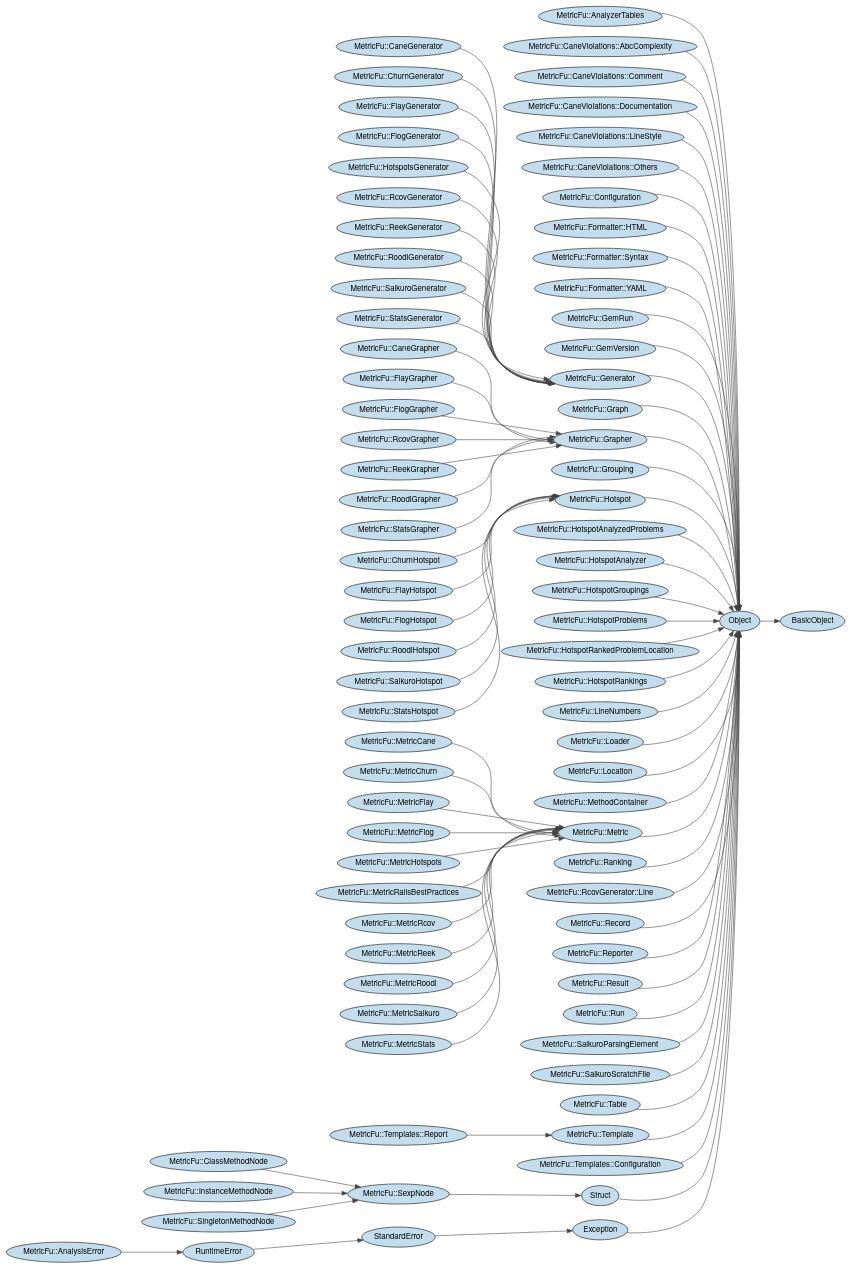
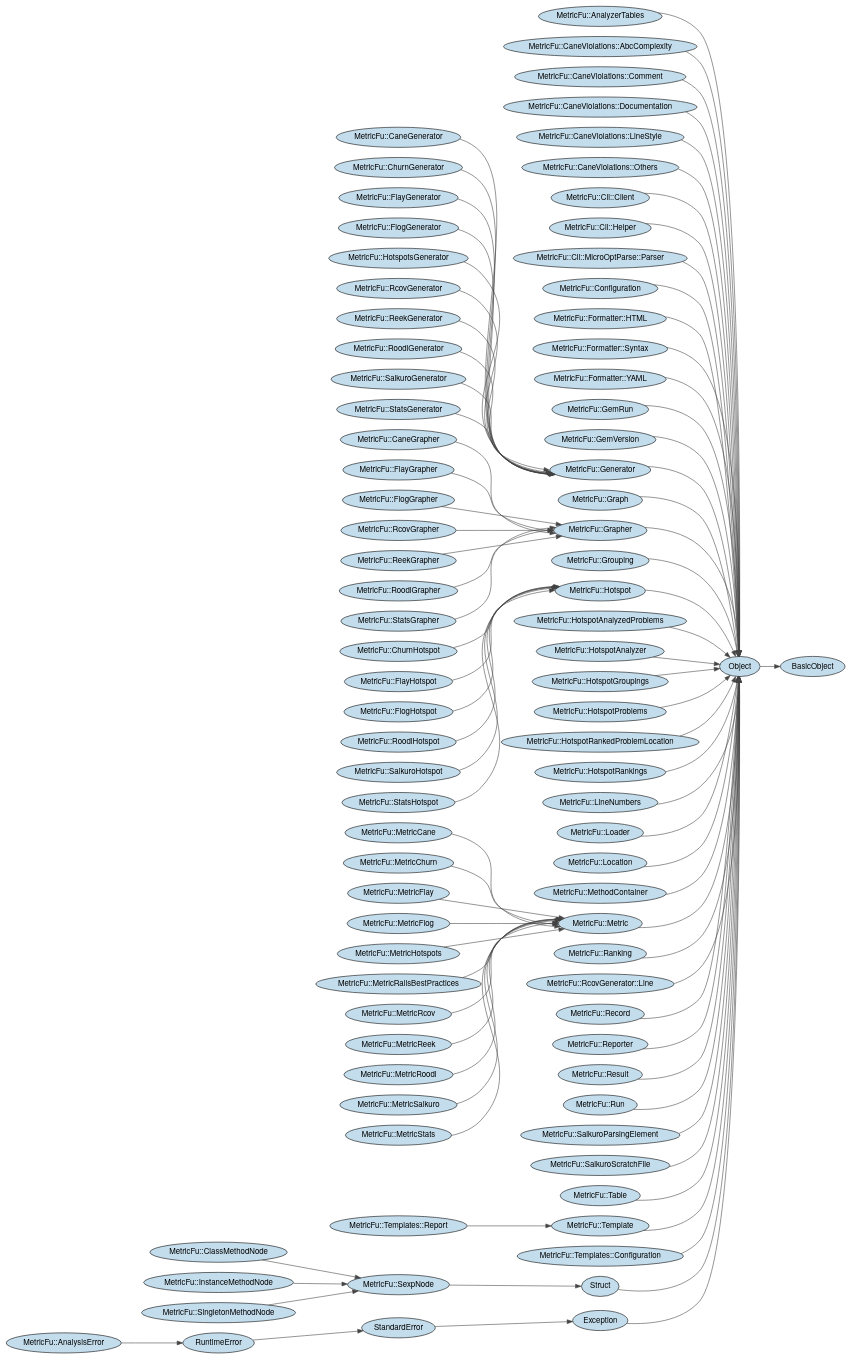
One commit to wata727/metric_fu changed the diagram in etc/erd.dot. Above: the diagram before and after it, drawn with Graphviz. The commit also changed 2 other files, not shown here.

Commit message:
Update CONTRIBUTORS, erd for 4.7.3

```diff
--- a/etc/erd.dot
+++ b/etc/erd.dot
@@ -1,173 +1,179 @@
 digraph classes {
 	graph [rotate=0, rankdir="LR"]
 	node [fillcolor="#c4ddec", style="filled", fontname="HelveticaNeue"]
 	edge [color="#444444"]
 	Exception [label="Exception"]
 	MetricFu__AnalysisError [label="MetricFu::AnalysisError"]
 	MetricFu__AnalyzerTables [label="MetricFu::AnalyzerTables"]
 	MetricFu__CaneGenerator [label="MetricFu::CaneGenerator"]
 	MetricFu__CaneGrapher [label="MetricFu::CaneGrapher"]
 	MetricFu__CaneViolations__AbcComplexity [label="MetricFu::CaneViolations::AbcComplexity"]
 	MetricFu__CaneViolations__Comment [label="MetricFu::CaneViolations::Comment"]
 	MetricFu__CaneViolations__Documentation [label="MetricFu::CaneViolations::Documentation"]
 	MetricFu__CaneViolations__LineStyle [label="MetricFu::CaneViolations::LineStyle"]
 	MetricFu__CaneViolations__Others [label="MetricFu::CaneViolations::Others"]
 	MetricFu__ChurnGenerator [label="MetricFu::ChurnGenerator"]
 	MetricFu__ChurnHotspot [label="MetricFu::ChurnHotspot"]
 	MetricFu__ClassMethodNode [label="MetricFu::ClassMethodNode"]
+	MetricFu__Cli__Client [label="MetricFu::Cli::Client"]
+	MetricFu__Cli__Helper [label="MetricFu::Cli::Helper"]
+	MetricFu__Cli__MicroOptParse__Parser [label="MetricFu::Cli::MicroOptParse::Parser"]
 	MetricFu__Configuration [label="MetricFu::Configuration"]
 	MetricFu__FlayGenerator [label="MetricFu::FlayGenerator"]
 	MetricFu__FlayGrapher [label="MetricFu::FlayGrapher"]
 	MetricFu__FlayHotspot [label="MetricFu::FlayHotspot"]
 	MetricFu__FlogGenerator [label="MetricFu::FlogGenerator"]
 	MetricFu__FlogGrapher [label="MetricFu::FlogGrapher"]
 	MetricFu__FlogHotspot [label="MetricFu::FlogHotspot"]
 	MetricFu__Formatter__HTML [label="MetricFu::Formatter::HTML"]
 	MetricFu__Formatter__Syntax [label="MetricFu::Formatter::Syntax"]
 	MetricFu__Formatter__YAML [label="MetricFu::Formatter::YAML"]
 	MetricFu__GemRun [label="MetricFu::GemRun"]
 	MetricFu__GemVersion [label="MetricFu::GemVersion"]
 	MetricFu__Generator [label="MetricFu::Generator"]
 	MetricFu__Graph [label="MetricFu::Graph"]
 	MetricFu__Grapher [label="MetricFu::Grapher"]
 	MetricFu__Grouping [label="MetricFu::Grouping"]
 	MetricFu__Hotspot [label="MetricFu::Hotspot"]
 	MetricFu__HotspotAnalyzedProblems [label="MetricFu::HotspotAnalyzedProblems"]
 	MetricFu__HotspotAnalyzer [label="MetricFu::HotspotAnalyzer"]
 	MetricFu__HotspotGroupings [label="MetricFu::HotspotGroupings"]
 	MetricFu__HotspotProblems [label="MetricFu::HotspotProblems"]
 	MetricFu__HotspotRankedProblemLocation [label="MetricFu::HotspotRankedProblemLocation"]
 	MetricFu__HotspotRankings [label="MetricFu::HotspotRankings"]
 	MetricFu__HotspotsGenerator [label="MetricFu::HotspotsGenerator"]
 	MetricFu__InstanceMethodNode [label="MetricFu::InstanceMethodNode"]
 	MetricFu__LineNumbers [label="MetricFu::LineNumbers"]
 	MetricFu__Loader [label="MetricFu::Loader"]
 	MetricFu__Location [label="MetricFu::Location"]
 	MetricFu__MethodContainer [label="MetricFu::MethodContainer"]
 	MetricFu__Metric [label="MetricFu::Metric"]
 	MetricFu__MetricCane [label="MetricFu::MetricCane"]
 	MetricFu__MetricChurn [label="MetricFu::MetricChurn"]
 	MetricFu__MetricFlay [label="MetricFu::MetricFlay"]
 	MetricFu__MetricFlog [label="MetricFu::MetricFlog"]
 	MetricFu__MetricHotspots [label="MetricFu::MetricHotspots"]
 	MetricFu__MetricRailsBestPractices [label="MetricFu::MetricRailsBestPractices"]
 	MetricFu__MetricRcov [label="MetricFu::MetricRcov"]
 	MetricFu__MetricReek [label="MetricFu::MetricReek"]
 	MetricFu__MetricRoodi [label="MetricFu::MetricRoodi"]
 	MetricFu__MetricSaikuro [label="MetricFu::MetricSaikuro"]
 	MetricFu__MetricStats [label="MetricFu::MetricStats"]
 	MetricFu__Ranking [label="MetricFu::Ranking"]
 	MetricFu__RcovGenerator [label="MetricFu::RcovGenerator"]
 	MetricFu__RcovGenerator__Line [label="MetricFu::RcovGenerator::Line"]
 	MetricFu__RcovGrapher [label="MetricFu::RcovGrapher"]
 	MetricFu__Record [label="MetricFu::Record"]
 	MetricFu__ReekGenerator [label="MetricFu::ReekGenerator"]
 	MetricFu__ReekGrapher [label="MetricFu::ReekGrapher"]
 	MetricFu__Reporter [label="MetricFu::Reporter"]
 	MetricFu__Result [label="MetricFu::Result"]
 	MetricFu__RoodiGenerator [label="MetricFu::RoodiGenerator"]
 	MetricFu__RoodiGrapher [label="MetricFu::RoodiGrapher"]
 	MetricFu__RoodiHotspot [label="MetricFu::RoodiHotspot"]
 	MetricFu__Run [label="MetricFu::Run"]
 	MetricFu__SaikuroGenerator [label="MetricFu::SaikuroGenerator"]
 	MetricFu__SaikuroHotspot [label="MetricFu::SaikuroHotspot"]
 	MetricFu__SaikuroParsingElement [label="MetricFu::SaikuroParsingElement"]
 	MetricFu__SaikuroScratchFile [label="MetricFu::SaikuroScratchFile"]
 	MetricFu__SexpNode [label="MetricFu::SexpNode"]
 	MetricFu__SingletonMethodNode [label="MetricFu::SingletonMethodNode"]
 	MetricFu__StatsGenerator [label="MetricFu::StatsGenerator"]
 	MetricFu__StatsGrapher [label="MetricFu::StatsGrapher"]
 	MetricFu__StatsHotspot [label="MetricFu::StatsHotspot"]
 	MetricFu__Table [label="MetricFu::Table"]
 	MetricFu__Template [label="MetricFu::Template"]
 	MetricFu__Templates__Configuration [label="MetricFu::Templates::Configuration"]
 	MetricFu__Templates__Report [label="MetricFu::Templates::Report"]
 	Object [label="Object"]
 	RuntimeError [label="RuntimeError"]
 	StandardError [label="StandardError"]
 	Struct [label="Struct"]
 	Exception -> Object
 	MetricFu__AnalysisError -> RuntimeError
 	MetricFu__AnalyzerTables -> Object
 	MetricFu__CaneGenerator -> MetricFu__Generator
 	MetricFu__CaneGrapher -> MetricFu__Grapher
 	MetricFu__CaneViolations__AbcComplexity -> Object
 	MetricFu__CaneViolations__Comment -> Object
 	MetricFu__CaneViolations__Documentation -> Object
 	MetricFu__CaneViolations__LineStyle -> Object
 	MetricFu__CaneViolations__Others -> Object
 	MetricFu__ChurnGenerator -> MetricFu__Generator
 	MetricFu__ChurnHotspot -> MetricFu__Hotspot
 	MetricFu__ClassMethodNode -> MetricFu__SexpNode
+	MetricFu__Cli__Client -> Object
+	MetricFu__Cli__Helper -> Object
+	MetricFu__Cli__MicroOptParse__Parser -> Object
 	MetricFu__Configuration -> Object
 	MetricFu__FlayGenerator -> MetricFu__Generator
 	MetricFu__FlayGrapher -> MetricFu__Grapher
 	MetricFu__FlayHotspot -> MetricFu__Hotspot
 	MetricFu__FlogGenerator -> MetricFu__Generator
 	MetricFu__FlogGrapher -> MetricFu__Grapher
 	MetricFu__FlogHotspot -> MetricFu__Hotspot
 	MetricFu__Formatter__HTML -> Object
 	MetricFu__Formatter__Syntax -> Object
 	MetricFu__Formatter__YAML -> Object
 	MetricFu__GemRun -> Object
 	MetricFu__GemVersion -> Object
 	MetricFu__Generator -> Object
 	MetricFu__Graph -> Object
 	MetricFu__Grapher -> Object
 	MetricFu__Grouping -> Object
 	MetricFu__Hotspot -> Object
 	MetricFu__HotspotAnalyzedProblems -> Object
 	MetricFu__HotspotAnalyzer -> Object
 	MetricFu__HotspotGroupings -> Object
 	MetricFu__HotspotProblems -> Object
 	MetricFu__HotspotRankedProblemLocation -> Object
 	MetricFu__HotspotRankings -> Object
 	MetricFu__HotspotsGenerator -> MetricFu__Generator
 	MetricFu__InstanceMethodNode -> MetricFu__SexpNode
 	MetricFu__LineNumbers -> Object
 	MetricFu__Loader -> Object
 	MetricFu__Location -> Object
 	MetricFu__MethodContainer -> Object
 	MetricFu__Metric -> Object
 	MetricFu__MetricCane -> MetricFu__Metric
 	MetricFu__MetricChurn -> MetricFu__Metric
 	MetricFu__MetricFlay -> MetricFu__Metric
 	MetricFu__MetricFlog -> MetricFu__Metric
 	MetricFu__MetricHotspots -> MetricFu__Metric
 	MetricFu__MetricRailsBestPractices -> MetricFu__Metric
 	MetricFu__MetricRcov -> MetricFu__Metric
 	MetricFu__MetricReek -> MetricFu__Metric
 	MetricFu__MetricRoodi -> MetricFu__Metric
 	MetricFu__MetricSaikuro -> MetricFu__Metric
 	MetricFu__MetricStats -> MetricFu__Metric
 	MetricFu__Ranking -> Object
 	MetricFu__RcovGenerator -> MetricFu__Generator
 	MetricFu__RcovGenerator__Line -> Object
 	MetricFu__RcovGrapher -> MetricFu__Grapher
 	MetricFu__Record -> Object
 	MetricFu__ReekGenerator -> MetricFu__Generator
 	MetricFu__ReekGrapher -> MetricFu__Grapher
 	MetricFu__Reporter -> Object
 	MetricFu__Result -> Object
 	MetricFu__RoodiGenerator -> MetricFu__Generator
 	MetricFu__RoodiGrapher -> MetricFu__Grapher
 	MetricFu__RoodiHotspot -> MetricFu__Hotspot
 	MetricFu__Run -> Object
 	MetricFu__SaikuroGenerator -> MetricFu__Generator
 	MetricFu__SaikuroHotspot -> MetricFu__Hotspot
 	MetricFu__SaikuroParsingElement -> Object
 	MetricFu__SaikuroScratchFile -> Object
 	MetricFu__SexpNode -> Struct
 	MetricFu__SingletonMethodNode -> MetricFu__SexpNode
 	MetricFu__StatsGenerator -> MetricFu__Generator
 	MetricFu__StatsGrapher -> MetricFu__Grapher
 	MetricFu__StatsHotspot -> MetricFu__Hotspot
 	MetricFu__Table -> Object
 	MetricFu__Template -> Object
 	MetricFu__Templates__Configuration -> Object
 	MetricFu__Templates__Report -> MetricFu__Template
 	Object -> BasicObject
 	RuntimeError -> StandardError
 	StandardError -> Exception
 	Struct -> Object
 }
```
